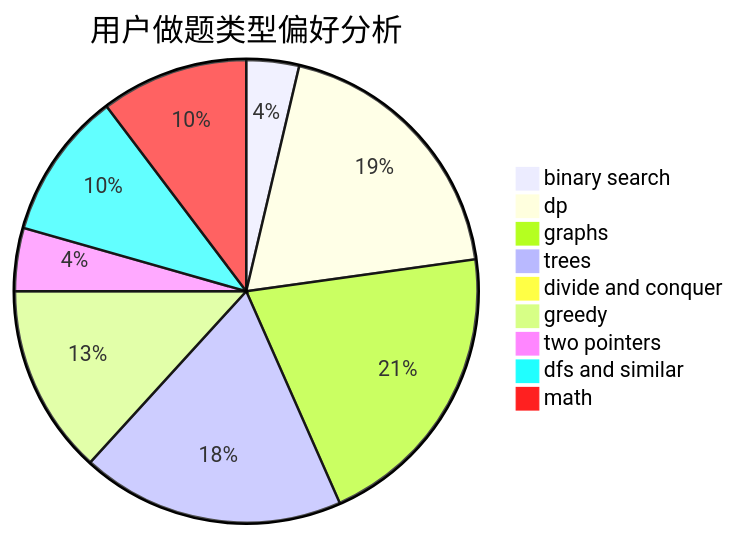
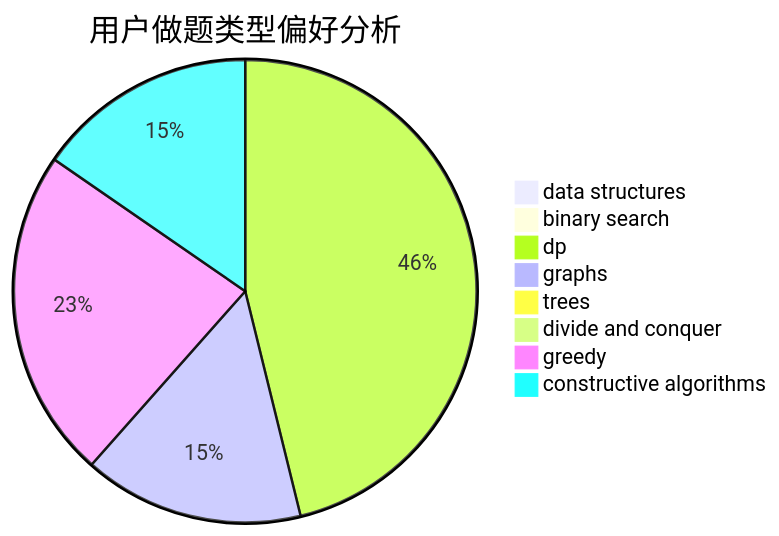
Before and after one commit to sherpahu/cfrs.github.io: the second of 3 diagrams in docs/user/u419.md, drawn with Mermaid. The commit also changed other lines of this file and 2775 other files, not shown here.

````diff
--- a/docs/user/u419.md
+++ b/docs/user/u419.md
@@ -23,12 +23,11 @@
 ```mermaid
 pie title 用户做题类型偏好分析
-    "binary search" :  5
-    "dp" :  26
-    "graphs" :  28
-    "trees" :  25
+    "data structures" :  0
+    "binary search" :  0
+    "dp" :  12
+    "graphs" :  4
+    "trees" :  0
     "divide and conquer" :  0
-    "greedy" :  18
-    "two pointers" :  6
-    "dfs and similar" :  14
-    "math" :  14
+    "greedy" :  6
+    "constructive algorithms" :  4
 ```
````
